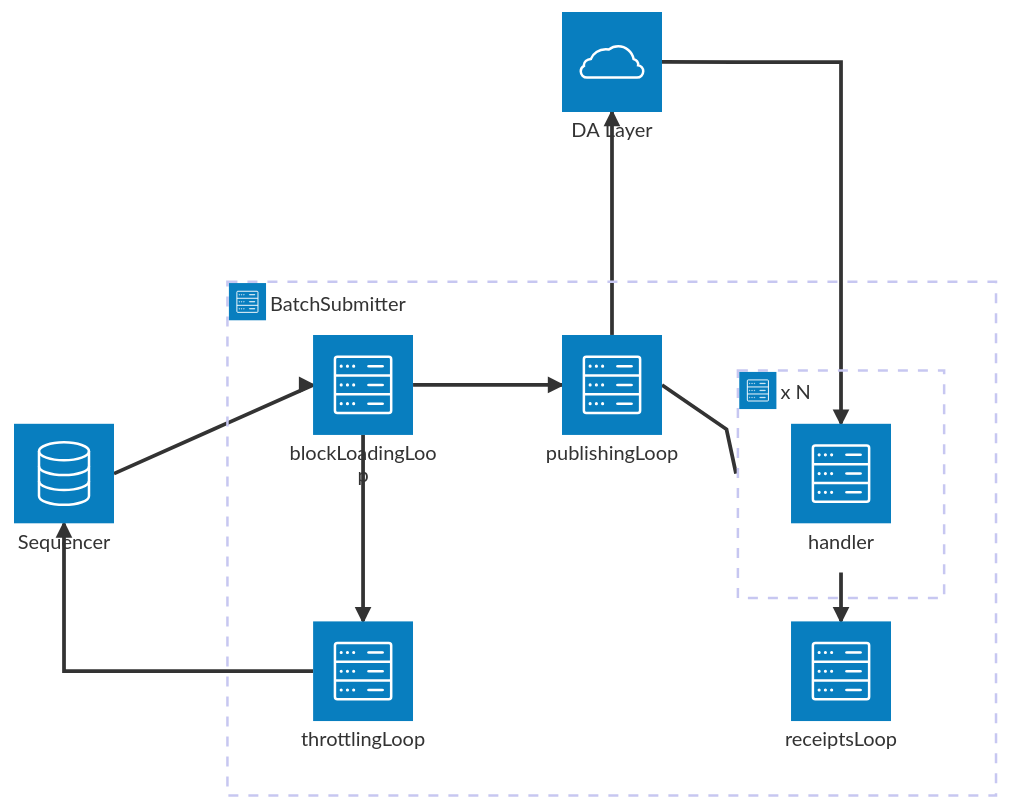
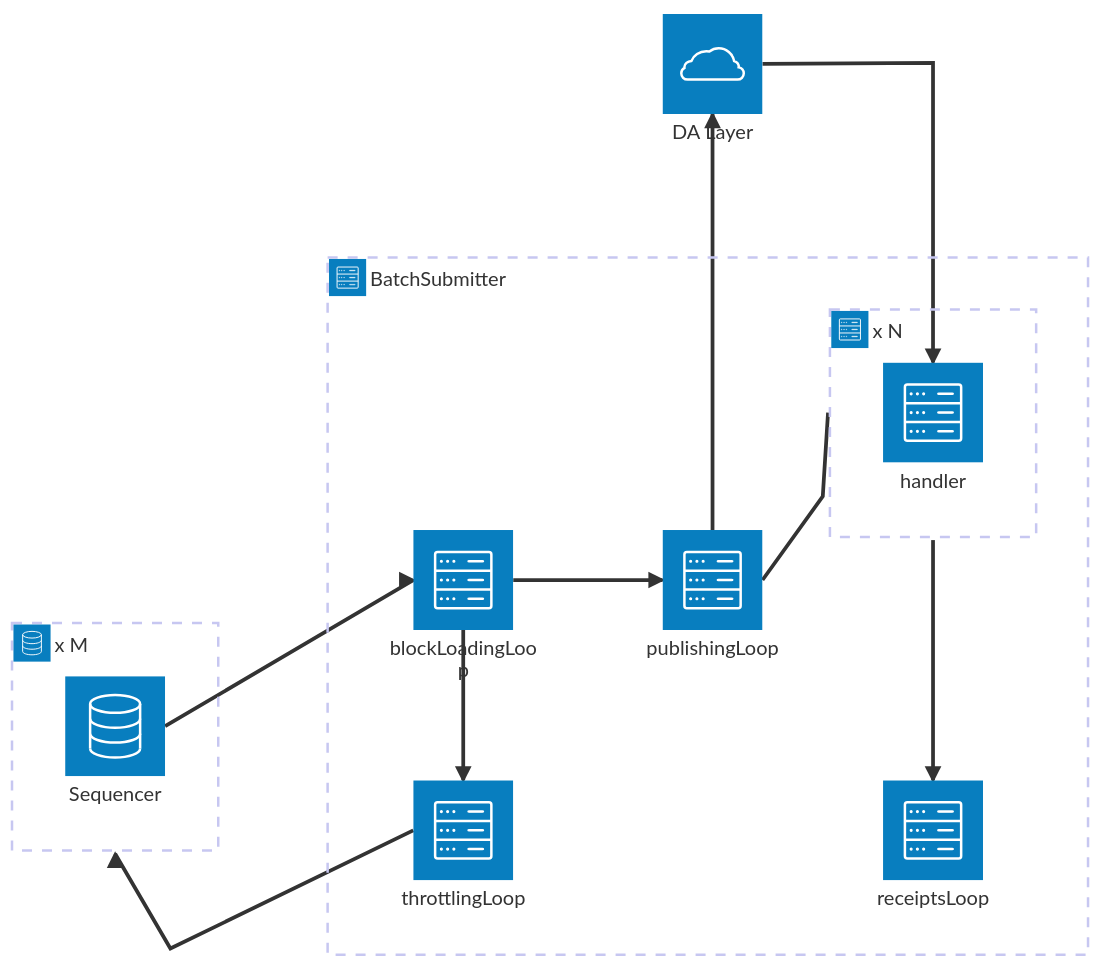
The diagram in op-batcher/readme.md (KellyHarte/locksmith-lab), drawn with Mermaid before and after one commit. The commit also changed other lines of this file and 14 other files, not shown here.

````diff
--- a/op-batcher/readme.md
+++ b/op-batcher/readme.md
@@ -68,26 +68,27 @@
 ```mermaid
 architecture-beta
 
-    service seq(database)[Sequencer]
+    group seqs(database)[x M]
+    service seq(database)[Sequencer] in seqs
     service dalayer(cloud)[DA Layer]
 
     group bs(server)[BatchSubmitter]
     service blockLoadingLoop(server)[blockLoadingLoop] in bs
     service publishingLoop(server)[publishingLoop] in bs
     service receiptsLoop(server)[receiptsLoop] in bs
     service throttlingLoop(server)[throttlingLoop] in bs
 
     group h(server)[x N] in bs
     service handler(server)[handler] in h
 
     blockLoadingLoop:R --> L:publishingLoop
     blockLoadingLoop:B --> T:throttlingLoop
     publishingLoop:R -- L:handler{group}
     handler{group}:B --> T:receiptsLoop
 
     seq:R -->L:blockLoadingLoop
-    seq:B <--L:throttlingLoop
+    seq{group}:B <--L:throttlingLoop
 
     publishingLoop:T --> B:dalayer
     handler:T <--R:dalayer
 ```
````
